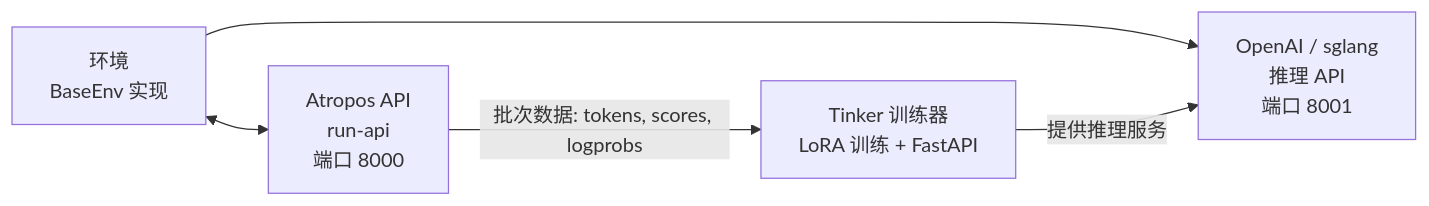
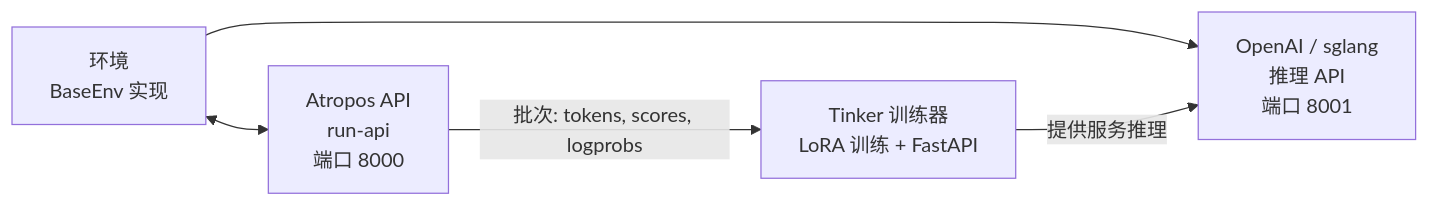
The diagram in i18n/zh-CN/docusaurus-plugin-content-docs/current/user-guide/features/rl-training.md (renxia/hermes-agent-docs), drawn with Mermaid before and after one commit. The commit also changed other lines of this file and 340 other files, not shown here.

````diff
--- a/i18n/zh-CN/docusaurus-plugin-content-docs/current/user-guide/features/rl-training.md
+++ b/i18n/zh-CN/docusaurus-plugin-content-docs/current/user-guide/features/rl-training.md
@@ -177,12 +177,12 @@
 ```mermaid
 flowchart LR
     api["Atropos API<br/>run-api<br/>端口 8000"]
     env["环境<br/>BaseEnv 实现"]
     infer["OpenAI / sglang<br/>推理 API<br/>端口 8001"]
     trainer["Tinker 训练器<br/>LoRA 训练 + FastAPI"]
 
     env <--> api
     env --> infer
-    api -->|"批次数据: tokens, scores, logprobs"| trainer
-    trainer -->|"提供推理服务"| infer
+    api -->|"批次: tokens, scores, logprobs"| trainer
+    trainer -->|"提供服务推理"| infer
 ```
````
